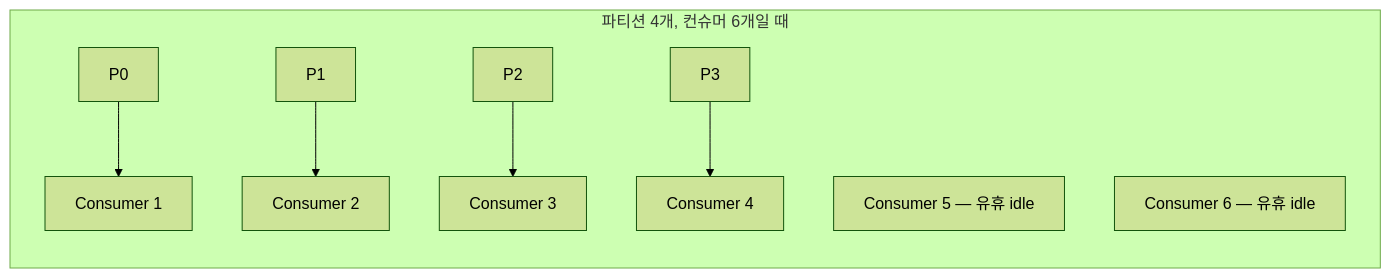
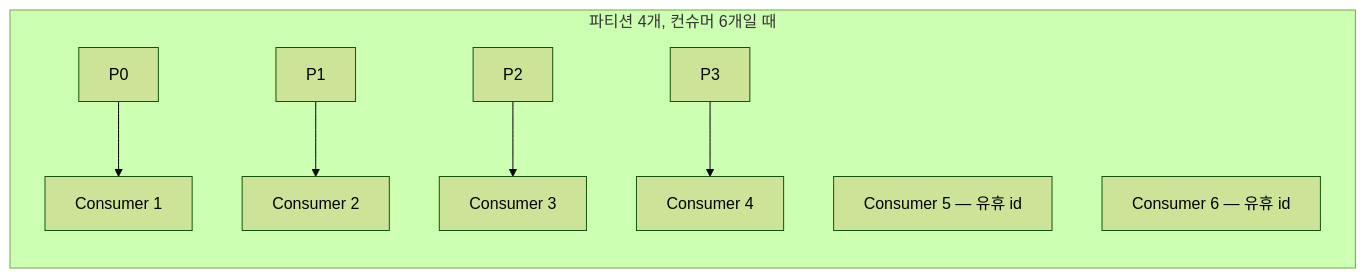
One commit to yjkim2015/yjkim2015.github.io changed the sixth of 17 diagrams in _posts/kafka/2026-05-01-kafka-fundamentals.md. Above: the diagram before and after it, drawn with Mermaid (forest theme). The commit also changed other lines of this file and 271 other files, not shown here.

First line of the commit message:
Mermaid 라벨 축소: 긴 노드 텍스트 18자 이하로 트림 + \n 제거

````diff
--- a/_posts/kafka/2026-05-01-kafka-fundamentals.md
+++ b/_posts/kafka/2026-05-01-kafka-fundamentals.md
@@ -190,11 +190,11 @@
 ```mermaid
 graph LR
     subgraph partitions["파티션 4개, 컨슈머 6개일 때"]
         P0[P0] --> C1[Consumer 1]
         P1[P1] --> C2[Consumer 2]
         P2[P2] --> C3[Consumer 3]
         P3[P3] --> C4[Consumer 4]
-        IDLE1["Consumer 5 — 유휴 idle"]
-        IDLE2["Consumer 6 — 유휴 idle"]
+        IDLE1["Consumer 5 — 유휴 id"]
+        IDLE2["Consumer 6 — 유휴 id"]
     end
 ```
````
